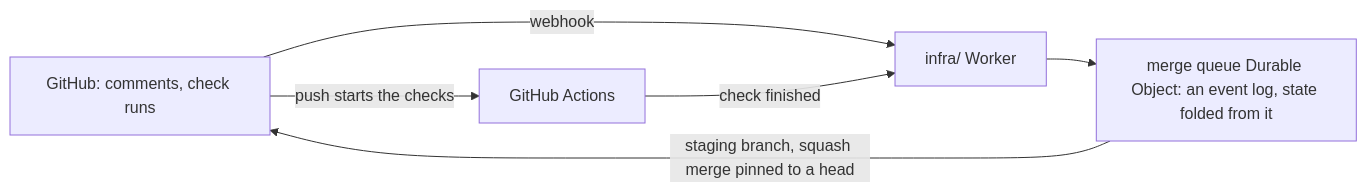
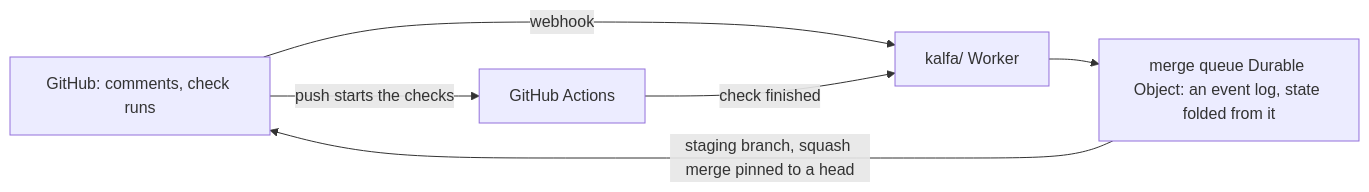
One commit to kamp-us/tea-fabrika changed the diagram in .decisions/0537-infra-holds-our-own-small-services.md. Above: the diagram before and after it, drawn with Mermaid. The commit also changed other lines of this file and 13 other files, not shown here.

````diff
--- a/.decisions/0537-infra-holds-our-own-small-services.md
+++ b/.decisions/0537-infra-holds-our-own-small-services.md
@@ -14,8 +15,8 @@
 ```mermaid
 flowchart LR
-  gh["GitHub: comments, check runs"] -- webhook --> worker["infra/ Worker"]
+  gh["GitHub: comments, check runs"] -- webhook --> worker["kalfa/ Worker"]
   worker --> queue["merge queue Durable Object: an event log, state folded from it"]
   queue -- "staging branch, squash merge pinned to a head" --> gh
   gh -- "push starts the checks" --> actions["GitHub Actions"]
   actions -- "check finished" --> worker
 ```
````
